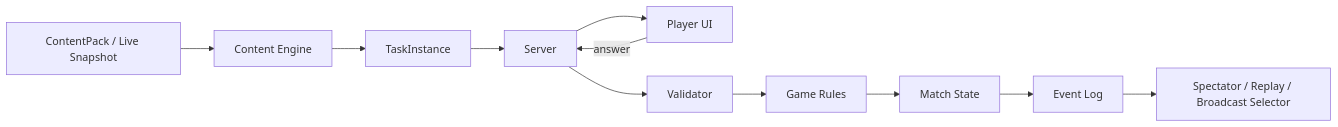
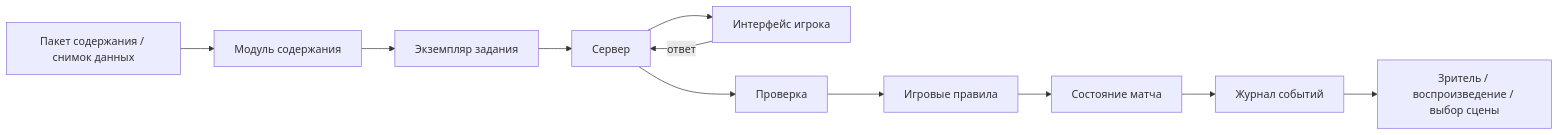
One commit to f2re/synopsis_game changed the first of 2 diagrams in docs/architecture/README.md. Above: the diagram before and after it, drawn with Mermaid. The commit also changed other lines of this file, not shown here.

````diff
--- a/docs/architecture/README.md
+++ b/docs/architecture/README.md
@@ -93,13 +108,13 @@
 ```mermaid
 flowchart LR
-    A[ContentPack / Live Snapshot] --> B[Content Engine]
-    B --> C[TaskInstance]
-    C --> D[Server]
-    D --> E[Player UI]
-    E -->|answer| D
-    D --> F[Validator]
-    F --> G[Game Rules]
-    G --> H[Match State]
-    H --> I[Event Log]
-    I --> J[Spectator / Replay / Broadcast Selector]
+    A[Пакет содержания / снимок данных] --> B[Модуль содержания]
+    B --> C[Экземпляр задания]
+    C --> D[Сервер]
+    D --> E[Интерфейс игрока]
+    E -->|ответ| D
+    D --> F[Проверка]
+    F --> G[Игровые правила]
+    G --> H[Состояние матча]
+    H --> I[Журнал событий]
+    I --> J[Зритель / воспроизведение / выбор сцены]
 ```
````
